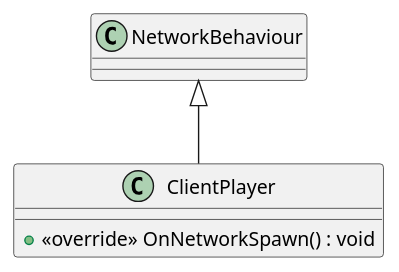
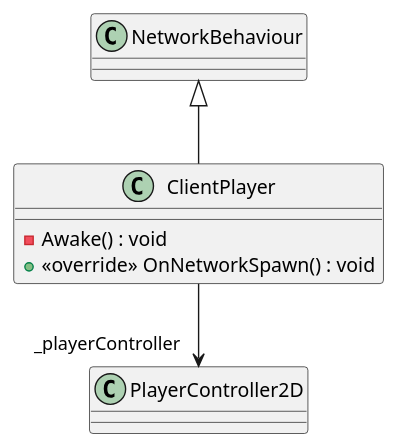
One commit to David-Denny/COMP3013-Team7 changed the diagram in UML/Networking/ClientPlayer.puml. Above: the diagram before and after it, drawn with PlantUML. The commit also changed 49 other files, not shown here.

Commit message:
Generate UML (Generate UML)

```diff
--- a/UML/Networking/ClientPlayer.puml
+++ b/UML/Networking/ClientPlayer.puml
@@ -1,6 +1,8 @@
 @startuml
 class ClientPlayer {
+    - Awake() : void
     + <<override>> OnNetworkSpawn() : void
 }
 NetworkBehaviour <|-- ClientPlayer
+ClientPlayer --> "_playerController" PlayerController2D
 @enduml
```
